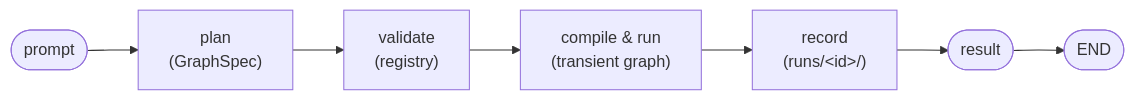
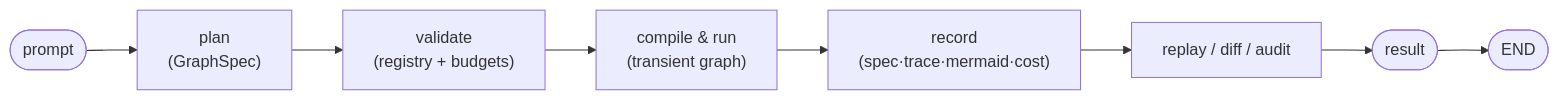
Before and after one commit to Ian-Tharp/Dynamic-Subgraphs: the sixth of 6 diagrams in README.md, drawn with Mermaid. The commit also changed other lines of this file and 1 other file, not shown here.

````diff
--- a/README.md
+++ b/README.md
@@ -94,9 +122,10 @@
 ```mermaid
 graph LR
     START([prompt]) --> plan
     plan["plan<br/>(GraphSpec)"] --> validate
-    validate["validate<br/>(registry)"] --> run
+    validate["validate<br/>(registry + budgets)"] --> run
     run["compile & run<br/>(transient graph)"] --> record
-    record["record<br/>(runs/&lt;id&gt;/)"] --> respond
+    record["record<br/>(spec·trace·mermaid·cost)"] --> replay
+    replay["replay / diff / audit"] --> respond
     respond([result]) --> END([END])
 ```
````
